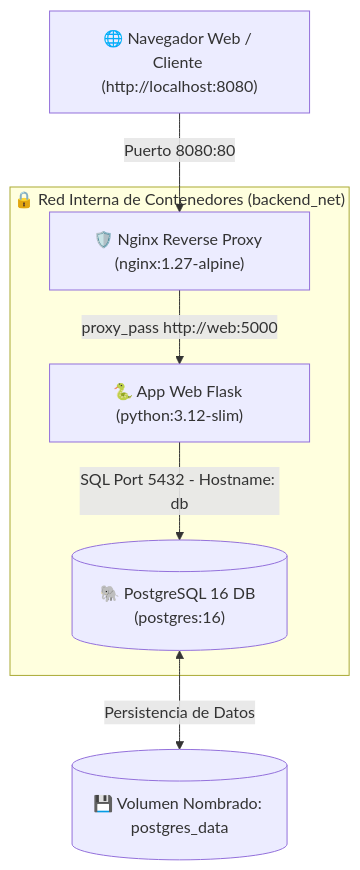
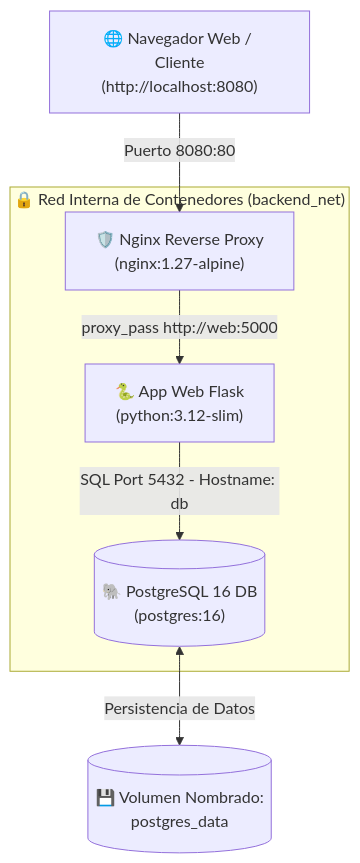
Before and after one commit to Crsitian22/docker-desde-cero-pit: the first of 2 diagrams in README.md, drawn with Mermaid. The commit also changed other lines of this file and 5 other files, not shown here.

Commit message:
feat: actualizar diagramas 3D HD de arquitectura y proyecto final Capstone Nube Privada Drive (Nextcloud, OnlyOffice, MariaDB, Redis)

````diff
--- a/README.md
+++ b/README.md
@@ -72,11 +74,11 @@
 ```mermaid
 graph TD
-    Client["🌐 Navegador Web / Cliente (http://localhost:8080)"] -->|Puerto 8080:80| Nginx["🛡️ Nginx Reverse Proxy (nginx:1.27-alpine)"]
+    Client["🌐 Navegador Web / Cliente<br/>(http://localhost:8080)"] -->|Puerto 8080:80| Nginx["🛡️ Nginx Reverse Proxy<br/>(nginx:1.27-alpine)"]
     
-    subgraph Red Privada Docker ["🔒 Red Interna de Contenedores (backend_net)"]
-        Nginx -->|proxy_pass http://web:5000| Flask["🐍 App Web Flask (python:3.12-slim)"]
-        Flask -->|SQL Port 5432 - Hostname: db| Postgres[("🐘 PostgreSQL 16 DB (postgres:16)")]
+    subgraph RedPrivada ["🔒 Red Interna de Contenedores (backend_net)"]
+        Nginx -->|proxy_pass http://web:5000| Flask["🐍 App Web Flask<br/>(python:3.12-slim)"]
+        Flask -->|SQL Port 5432 - Hostname: db| Postgres[("🐘 PostgreSQL 16 DB<br/>(postgres:16)")]
     end
     
-    Postgres <-->|Persistencia de Datos| Vol[("💾 Volumen Nombrado: postgres_data")]
+    Postgres <-->|Persistencia de Datos| Vol[("💾 Volumen Nombrado:<br/>postgres_data")]
 ```
````
